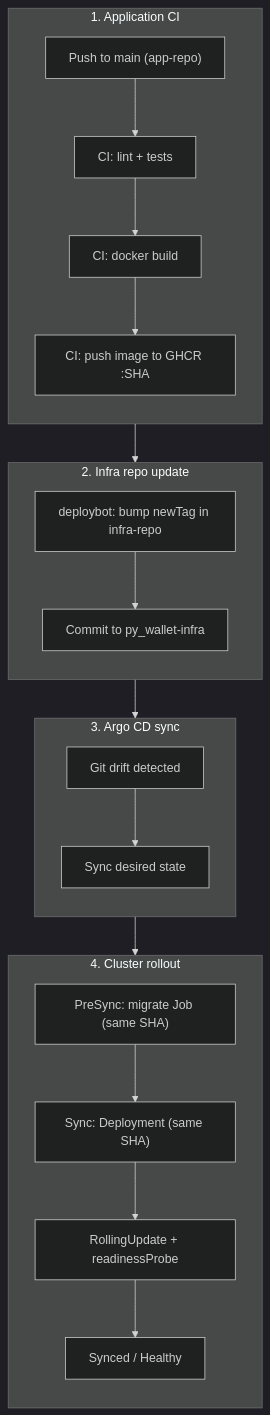
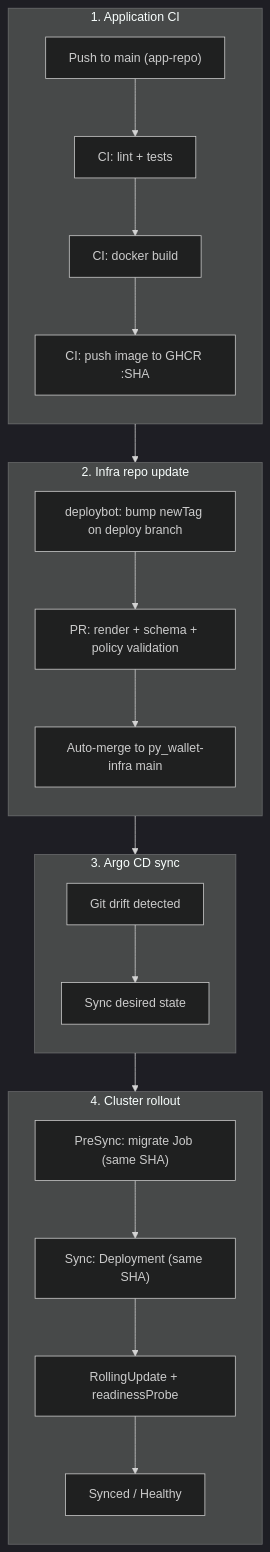
Before and after one commit to amysyutin/py_wallet-infra: the diagram in README.md, drawn with Mermaid (dark theme). The commit also changed other lines of this file and 5 other files, not shown here.

````diff
--- a/README.md
+++ b/README.md
@@ -55,30 +55,31 @@
 ```mermaid
 flowchart TB
   subgraph appRepo["1. Application CI"]
     direction TB
     pushMain["Push to main (app-repo)"] --> ciTest["CI: lint + tests"]
     ciTest --> ciBuild["CI: docker build"]
     ciBuild --> ciPush["CI: push image to GHCR :SHA"]
   end
 
   subgraph infraRepo["2. Infra repo update"]
     direction TB
-    updateInfra["deploybot: bump newTag in infra-repo"] --> infraCommit["Commit to py_wallet-infra"]
+    updateInfra["deploybot: bump newTag on deploy branch"] --> validateInfra["PR: render + schema + policy validation"]
+    validateInfra --> infraCommit["Auto-merge to py_wallet-infra main"]
   end
 
   subgraph argoCd["3. Argo CD sync"]
     direction TB
     argoDetect["Git drift detected"] --> argoSync["Sync desired state"]
   end
 
   subgraph cluster["4. Cluster rollout"]
     direction TB
     preSync["PreSync: migrate Job (same SHA)"] --> deploy["Sync: Deployment (same SHA)"]
     deploy --> rollout["RollingUpdate + readinessProbe"]
     rollout --> healthy["Synced / Healthy"]
   end
 
   ciPush --> updateInfra
   infraCommit --> argoDetect
   argoSync --> preSync
 ```
````
